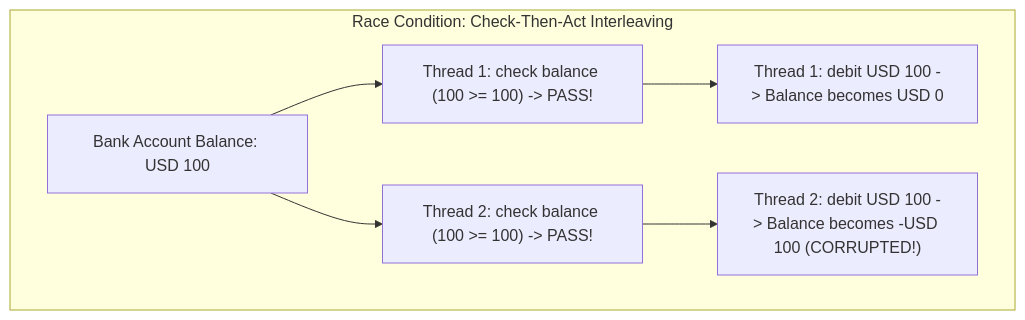
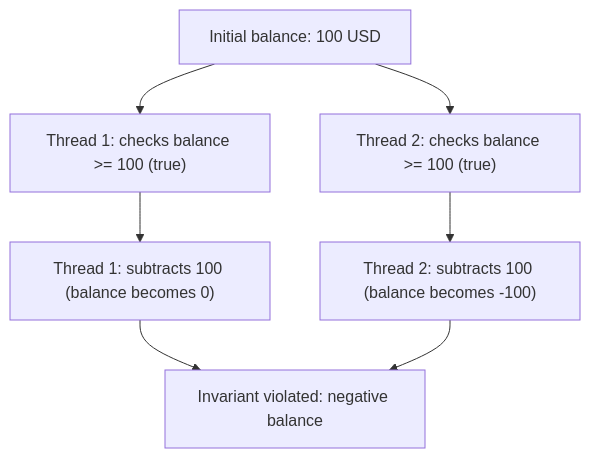
Before and after one commit to ravishankar2463/java_hub: the first of 4 diagrams in content/roadmap/level-5/thread-safety-and-synchronization.md, drawn with Mermaid. The commit also changed other lines of this file and 119 other files, not shown here.

Commit message:
feat: add comprehensive java learning roadmap content across multiple levels

````diff
--- a/content/roadmap/level-5/thread-safety-and-synchronization.md
+++ b/content/roadmap/level-5/thread-safety-and-synchronization.md
@@ -32,15 +50,9 @@
 ```mermaid
 flowchart TD
-    subgraph RaceConditionTrap ["Race Condition: Check-Then-Act Interleaving"]
-        State["Bank Account Balance: USD 100"]
-        T1["Thread 1: check balance (100 >= 100) -> PASS!"]
-        T2["Thread 2: check balance (100 >= 100) -> PASS!"]
-        W1["Thread 1: debit USD 100 -> Balance becomes USD 0"]
-        W2["Thread 2: debit USD 100 -> Balance becomes -USD 100 (CORRUPTED!)"]
-
-        State --> T1
-        State --> T2
-        T1 --> W1
-        T2 --> W2
-    end
+    Start["Initial balance: 100 USD"] --> T1Check["Thread 1: checks balance >= 100 (true)"]
+    Start --> T2Check["Thread 2: checks balance >= 100 (true)"]
+    T1Check --> T1Write["Thread 1: subtracts 100 (balance becomes 0)"]
+    T2Check --> T2Write["Thread 2: subtracts 100 (balance becomes -100)"]
+    T1Write --> Corrupted["Invariant violated: negative balance"]
+    T2Write --> Corrupted
 ```
````
